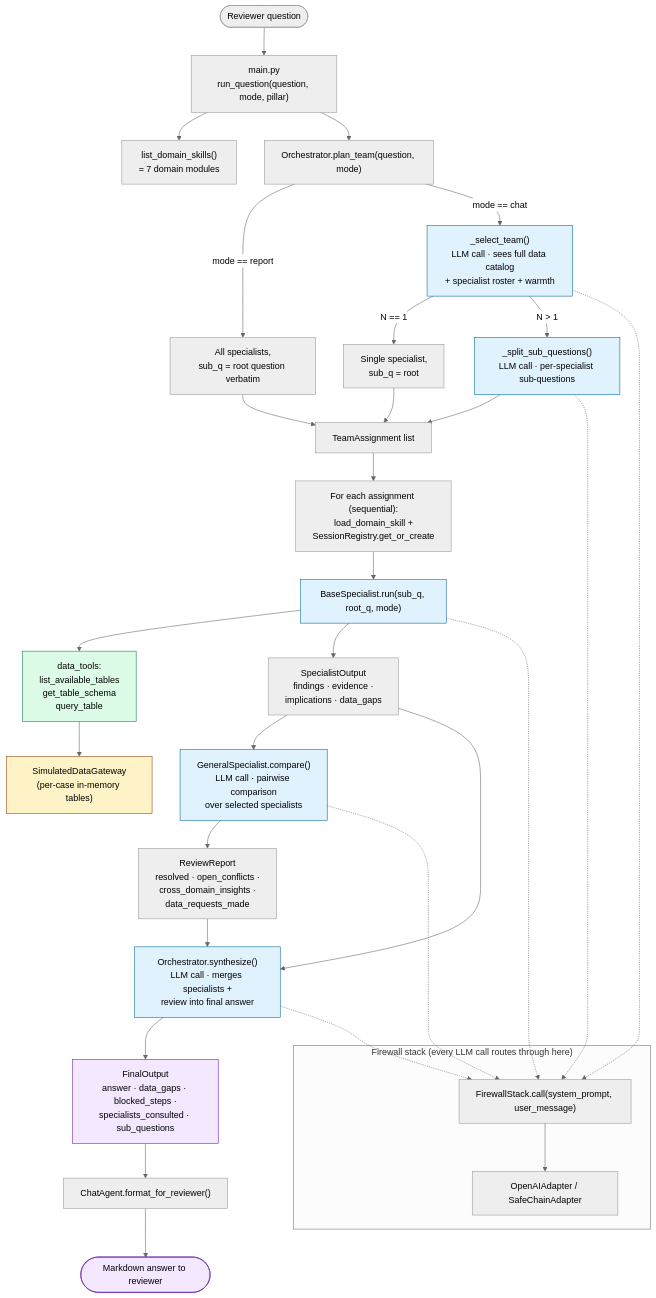
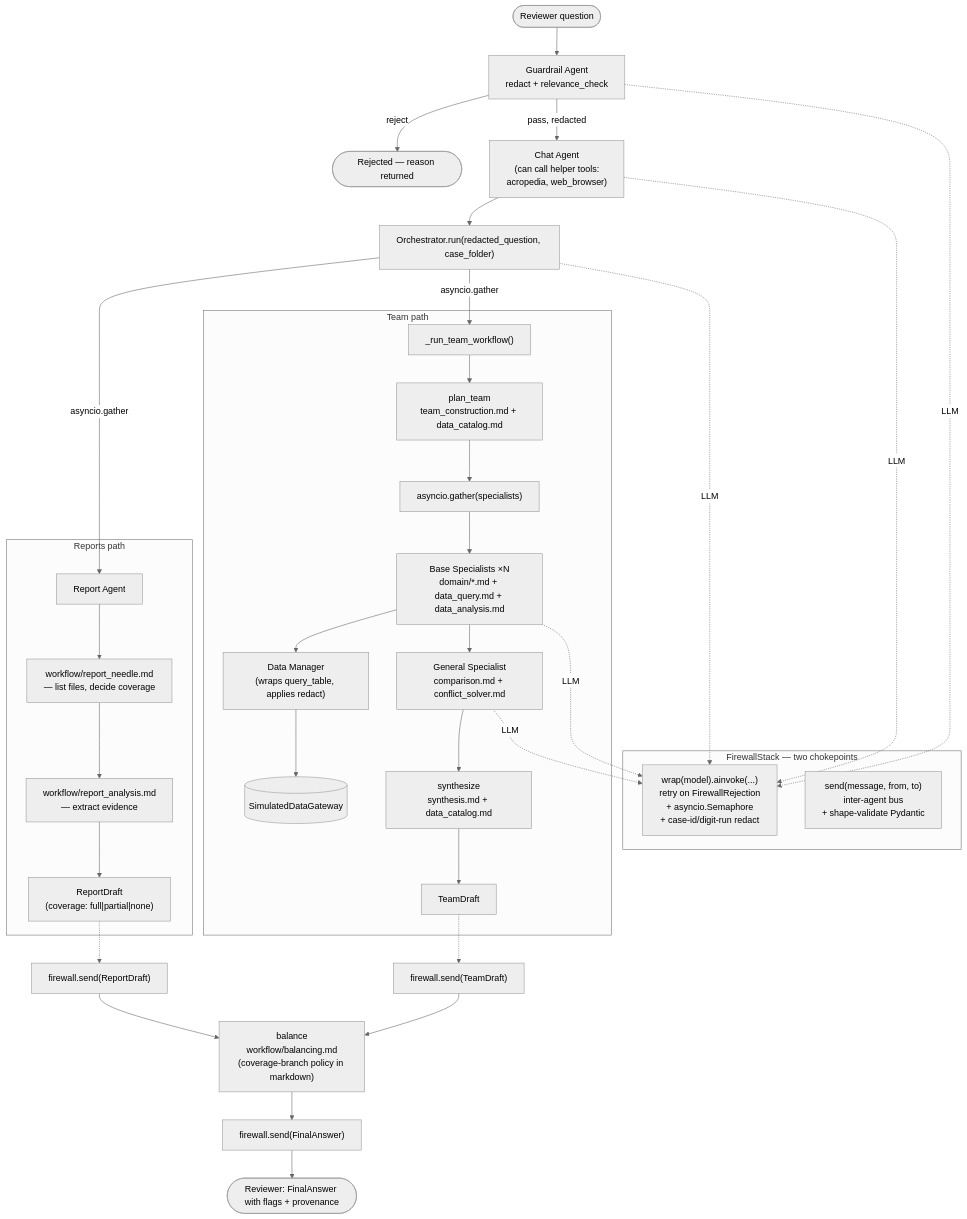
One commit to Michellemingxuan/AgenticSys_v2 changed the diagram in brainstorm/2026-04-23-architecture-current.md. Above: the diagram before and after it, drawn with Mermaid (neutral theme). The commit also changed other lines of this file, not shown here.

Commit message:
docs(brainstorm): refresh architecture-current.md snapshot for post-phase-0a..9 state

````diff
--- a/brainstorm/2026-04-23-architecture-current.md
+++ b/brainstorm/2026-04-23-architecture-current.md
@@ -5,52 +5,45 @@
 ```mermaid
 flowchart TD
-    User([Reviewer question]) --> Main["main.py<br/>run_question(question, mode, pillar)"]
+    User([Reviewer question]) --> GA["Guardrail Agent<br/>redact + relevance_check"]
+    GA -->|reject| Rej([Rejected — reason returned])
+    GA -->|pass, redacted| Chat["Chat Agent<br/>(can call helper tools:<br/>acropedia, web_browser)"]
+    Chat --> OrchRun["Orchestrator.run(redacted_question, case_folder)"]
 
-    Main --> Avail["list_domain_skills()<br/>= 7 domain modules"]
-    Main --> Orch["Orchestrator.plan_team(question, mode)"]
+    OrchRun -->|asyncio.gather| ReportPath[Report Agent]
+    OrchRun -->|asyncio.gather| TeamPath["_run_team_workflow()"]
 
-    Orch -->|mode == report| All["All specialists,<br/>sub_q = root question verbatim"]
-    Orch -->|mode == chat| Sel["_select_team()<br/>LLM call · sees full data catalog<br/>+ specialist roster + warmth"]
-    Sel -->|N == 1| Single["Single specialist,<br/>sub_q = root"]
-    Sel -->|N &gt; 1| Split["_split_sub_questions()<br/>LLM call · per-specialist sub-questions"]
-    All --> Plan["TeamAssignment list"]
-    Single --> Plan
-    Split --> Plan
-
-    Plan --> Loop["For each assignment (sequential):<br/>load_domain_skill +<br/>SessionRegistry.get_or_create"]
-    Loop --> Spec["BaseSpecialist.run(sub_q, root_q, mode)"]
-    Spec --> ToolUse["data_tools:<br/>list_available_tables<br/>get_table_schema<br/>query_table"]
-    ToolUse --> GW["SimulatedDataGateway<br/>(per-case in-memory tables)"]
-    Spec --> SpecOut["SpecialistOutput<br/>findings · evidence ·<br/>implications · data_gaps"]
-
-    SpecOut --> Compare["GeneralSpecialist.compare()<br/>LLM call · pairwise comparison<br/>over selected specialists"]
-    Compare --> Review["ReviewReport<br/>resolved · open_conflicts ·<br/>cross_domain_insights ·<br/>data_requests_made"]
-
-    SpecOut --> Synth["Orchestrator.synthesize()<br/>LLM call · merges specialists +<br/>review into final answer"]
-    Review --> Synth
-    Synth --> Final["FinalOutput<br/>answer · data_gaps · blocked_steps ·<br/>specialists_consulted · sub_questions"]
-
-    Final --> Format["ChatAgent.format_for_reviewer()"]
-    Format --> Out([Markdown answer to reviewer])
-
-    subgraph FW["Firewall stack (every LLM call routes through here)"]
-        FWStack["FirewallStack.call(system_prompt, user_message)"]
-        Adapter["OpenAIAdapter / SafeChainAdapter"]
-        FWStack --> Adapter
+    subgraph ReportPathBox["Reports path"]
+        ReportPath --> RN["workflow/report_needle.md<br/>— list files, decide coverage"]
+        RN --> RA["workflow/report_analysis.md<br/>— extract evidence"]
+        RA --> RD["ReportDraft<br/>(coverage: full|partial|none)"]
     end
 
-    Sel -.-> FWStack
-    Split -.-> FWStack
-    Spec -.-> FWStack
-    Compare -.-> FWStack
-    Synth -.-> FWStack
+    subgraph TeamPathBox["Team path"]
+        TeamPath --> PlanTeam["plan_team<br/>team_construction.md + data_catalog.md"]
+        PlanTeam --> FanOut["asyncio.gather(specialists)"]
+        FanOut --> Specs["Base Specialists ×N<br/>domain/*.md + data_query.md + data_analysis.md"]
+        Specs --> DM["Data Manager<br/>(wraps query_table, applies redact)"]
+        DM --> Gateway[(SimulatedDataGateway)]
+        Specs --> Cmp["General Specialist<br/>comparison.md + conflict_solver.md"]
+        Cmp --> Synth["synthesize<br/>synthesis.md + data_catalog.md"]
+        Synth --> TD[TeamDraft]
+    end
 
-    classDef llm fill:#e0f2fe,stroke:#0369a1
-    classDef tool fill:#dcfce7,stroke:#15803d
-    classDef data fill:#fef3c7,stroke:#92400e
-    classDef out fill:#f3e8ff,stroke:#6b21a8
-    class Sel,Split,Spec,Compare,Synth llm
-    class ToolUse tool
-    class GW data
-    class Final,Out out
+    RD -.-> Send1["firewall.send(ReportDraft)"]
+    TD -.-> Send2["firewall.send(TeamDraft)"]
+    Send1 --> Bal["balance<br/>workflow/balancing.md<br/>(coverage-branch policy in markdown)"]
+    Send2 --> Bal
+    Bal --> Send3["firewall.send(FinalAnswer)"]
+    Send3 --> Out([Reviewer: FinalAnswer with flags + provenance])
+
+    subgraph Firewall["FirewallStack — two chokepoints"]
+        FW1["wrap(model).ainvoke(...)<br/>retry on FirewallRejection<br/>+ asyncio.Semaphore<br/>+ case-id/digit-run redact"]
+        FW2["send(message, from, to)<br/>inter-agent bus<br/>+ shape-validate Pydantic"]
+    end
+
+    Chat -.LLM.-> FW1
+    OrchRun -.LLM.-> FW1
+    Specs -.LLM.-> FW1
+    GA -.LLM.-> FW1
+    Cmp -.LLM.-> FW1
 ```
````
